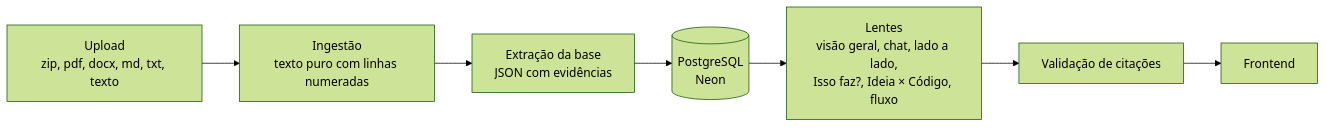
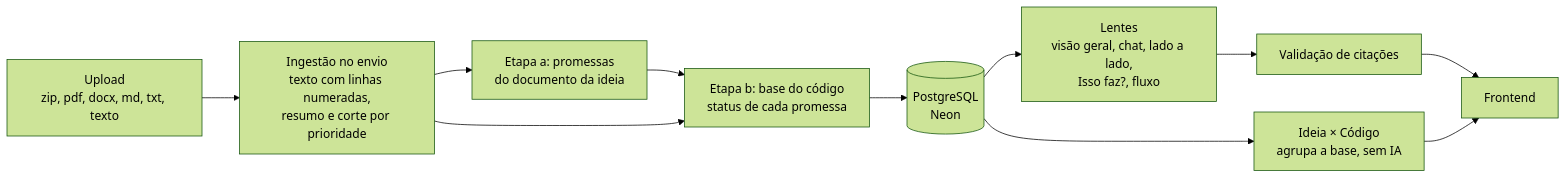
The first of 2 diagrams in docs/architecture.md (rogerr23/fornalytics), drawn with Mermaid (forest theme) before and after one commit. The commit also changed other lines of this file and 8 other files, not shown here.

Commit message:
docs: revise system flow before ingestion phase

````diff
--- a/docs/architecture.md
+++ b/docs/architecture.md
@@ -7,9 +7,13 @@
 ```mermaid
 flowchart LR
-    U[Upload<br/>zip, pdf, docx, md, txt, texto] --> I[Ingestão<br/>texto puro com linhas numeradas]
-    I --> E[Extração da base<br/>JSON com evidências]
+    U[Upload<br/>zip, pdf, docx, md, txt, texto] --> I[Ingestão no envio<br/>texto com linhas numeradas,<br/>resumo e corte por prioridade]
+    I --> P[Etapa a: promessas<br/>do documento da ideia]
+    P --> E[Etapa b: base do código<br/>status de cada promessa]
+    I --> E
     E --> DB[(PostgreSQL<br/>Neon)]
-    DB --> L[Lentes<br/>visão geral, chat, lado a lado,<br/>Isso faz?, Ideia × Código, fluxo]
+    DB --> L[Lentes<br/>visão geral, chat, lado a lado,<br/>Isso faz?, fluxo]
+    DB --> IC[Ideia × Código<br/>agrupa a base, sem IA]
     L --> C[Validação de citações]
     C --> F[Frontend]
+    IC --> F
 ```
````
